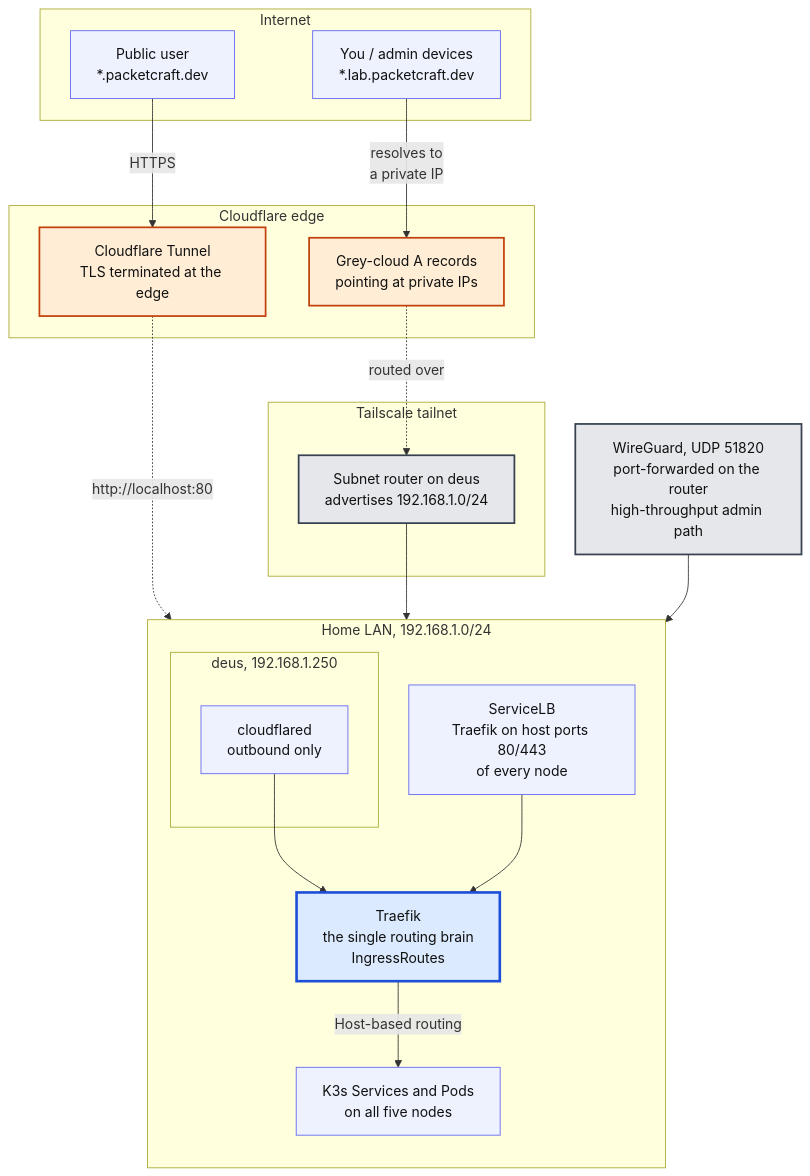
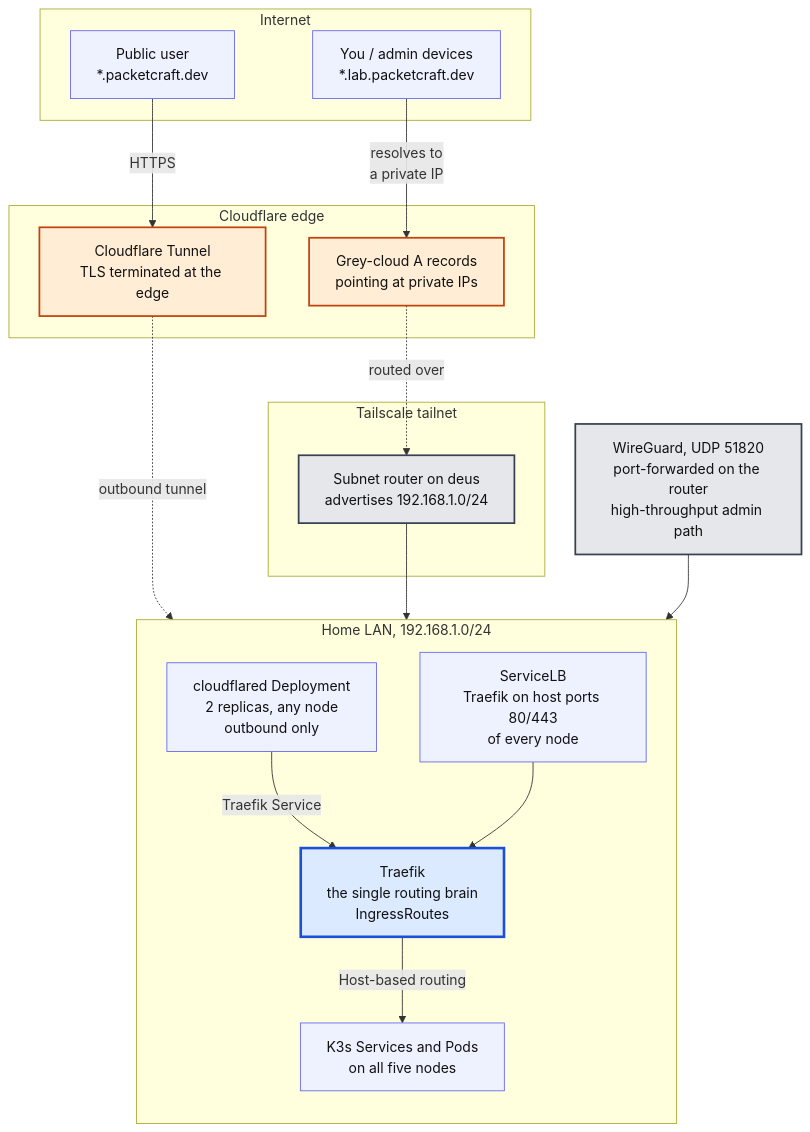
The first of 5 diagrams in docs/system-architecture/home-cluster.md (home-compute-cluster/docs), drawn with Mermaid before and after one commit. The commit also changed other lines of this file and 1 other file, not shown here.

Commit message:
Move cloudflared into the K3s deployment
The tunnel connector no longer runs as a systemd service on deus, and
nebula no longer has its own cloudflared. Document the single in-cluster
cloudflared Deployment pointing at the Traefik Service, and stop the
pipeline guide from pinning new services to deus.

````diff
--- a/docs/system-architecture/home-cluster.md
+++ b/docs/system-architecture/home-cluster.md
@@ -64,52 +64,49 @@
 ```mermaid
 flowchart TB
     subgraph internet["Internet"]
         user_pub["Public user<br/>*.packetcraft.dev"]
         user_priv["You / admin devices<br/>*.lab.packetcraft.dev"]
     end
 
     subgraph cf["Cloudflare edge"]
         cf_tunnel["Cloudflare Tunnel<br/>TLS terminated at the edge"]
         cf_dns_grey["Grey-cloud A records<br/>pointing at private IPs"]
     end
 
     subgraph tailnet["Tailscale tailnet"]
         ts_router["Subnet router on deus<br/>advertises 192.168.1.0/24"]
     end
 
     wg["WireGuard, UDP 51820<br/>port-forwarded on the router<br/>high-throughput admin path"]
 
     subgraph lan["Home LAN, 192.168.1.0/24"]
         direction TB
 
-        subgraph deus_node["deus, 192.168.1.250"]
-            cloudflared["cloudflared<br/>outbound only"]
-        end
-
+        cloudflared["cloudflared Deployment<br/>2 replicas, any node<br/>outbound only"]
         svclb["ServiceLB<br/>Traefik on host ports 80/443<br/>of every node"]
         traefik["Traefik<br/>the single routing brain<br/>IngressRoutes"]
         svc_pool["K3s Services and Pods<br/>on all five nodes"]
     end
 
     user_pub -->|"HTTPS"| cf_tunnel
-    cf_tunnel -.->|"http://localhost:80"| cloudflared
-    cloudflared --> traefik
+    cf_tunnel -.->|"outbound tunnel"| cloudflared
+    cloudflared -->|"Traefik Service"| traefik
 
     user_priv -->|"resolves to<br/>a private IP"| cf_dns_grey
     cf_dns_grey -.->|"routed over"| ts_router
     ts_router --> svclb
     wg --> svclb
     svclb --> traefik
 
     traefik -->|"Host-based routing"| svc_pool
 
     classDef edge fill:#ffedd5,stroke:#c2410c,stroke-width:2px,color:#111
     classDef ts fill:#e5e7eb,stroke:#374151,stroke-width:2px,color:#111
     classDef brain fill:#dbeafe,stroke:#1d4ed8,stroke-width:3px,color:#111
     classDef node fill:#eef2ff,stroke:#6366f1,color:#111
 
     class cf_tunnel,cf_dns_grey edge
     class ts_router,wg ts
     class traefik brain
     class cloudflared,svclb,svc_pool,user_pub,user_priv node
 ```
````
